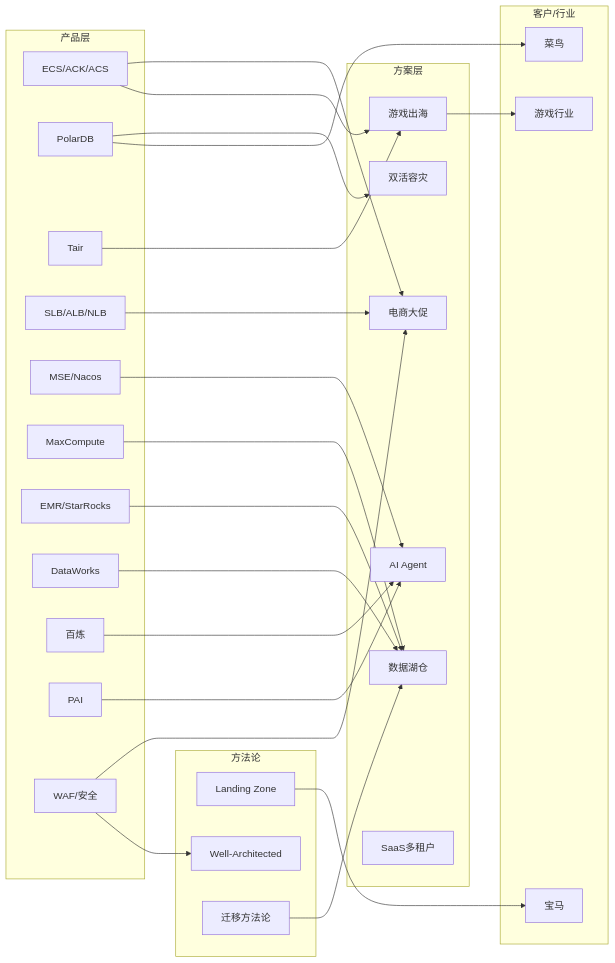
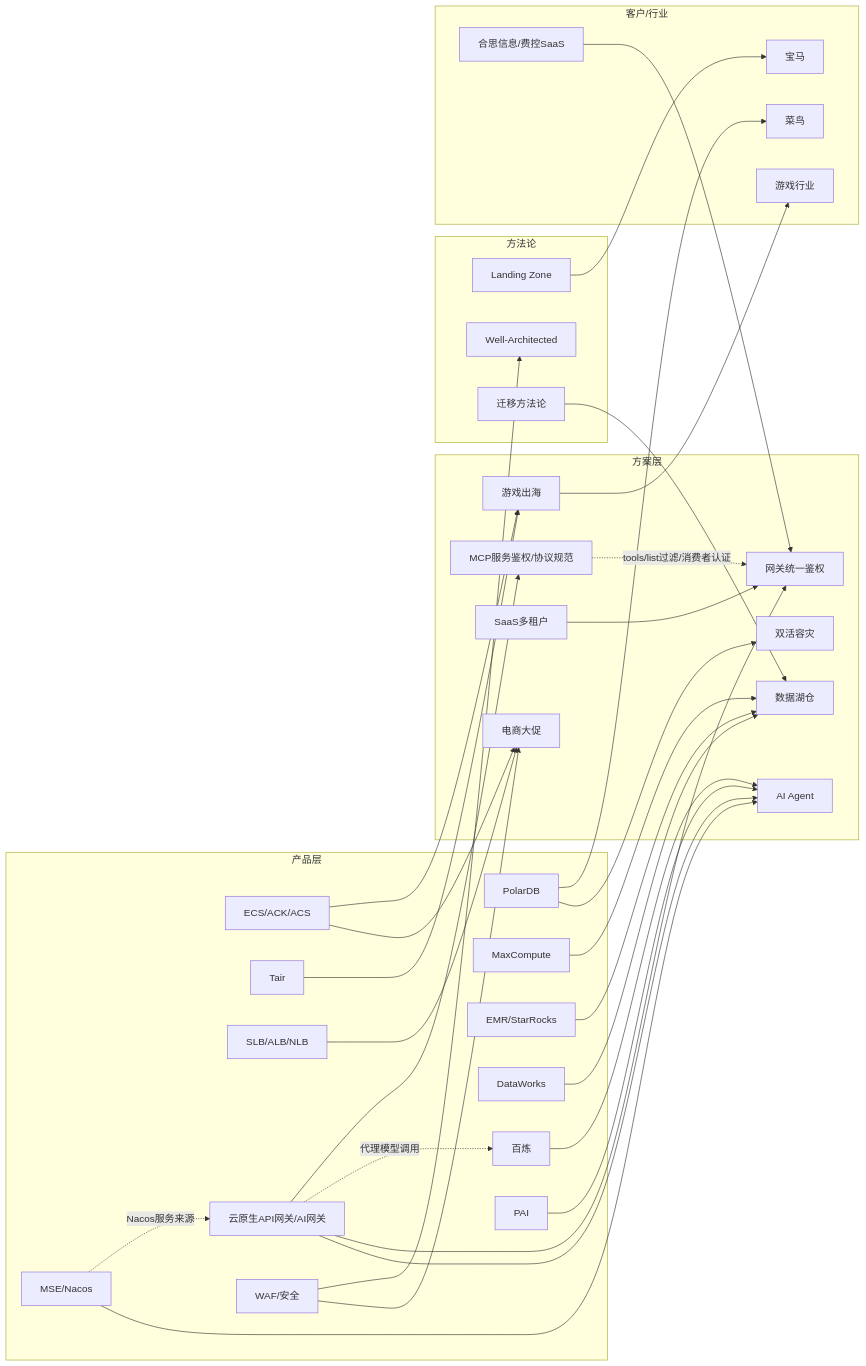
The diagram in neil-aliyun-sa/index.md (neilluo/neil-skills), drawn with Mermaid before and after one commit. The commit also changed other lines of this file and 47 other files, not shown here.

````diff
--- a/neil-aliyun-sa/index.md
+++ b/neil-aliyun-sa/index.md
@@ -96,55 +97,67 @@
 ```mermaid
 graph LR
     subgraph 产品层
         ECS[ECS/ACK/ACS]
         PolarDB[PolarDB]
         Tair[Tair]
         SLB[SLB/ALB/NLB]
         MSE[MSE/Nacos]
+        APIG[云原生API网关/AI网关]
         MC[MaxCompute]
         EMR[EMR/StarRocks]
         DW[DataWorks]
         BaiLian[百炼]
         PAI[PAI]
         WAF[WAF/安全]
     end
 
     subgraph 方案层
         S1[电商大促]
         S2[游戏出海]
         S3[AI Agent]
         S4[双活容灾]
         S5[数据湖仓]
         S9[SaaS多租户]
+        S10[网关统一鉴权]
+        MCP[MCP服务鉴权/协议规范]
     end
 
     subgraph 方法论
         LZ[Landing Zone]
         WA[Well-Architected]
         MIG[迁移方法论]
     end
 
     subgraph 客户/行业
         BMW[宝马]
         Cainiao[菜鸟]
         Game[游戏行业]
+        HeSi[合思信息/费控SaaS]
     end
 
     ECS --> S1
     ECS --> S2
     PolarDB --> S4
     PolarDB --> Cainiao
     Tair --> S2
     BaiLian --> S3
     PAI --> S3
     MC --> S5
     EMR --> S5
     DW --> S5
     MSE --> S3
+    MSE -.Nacos服务来源.-> APIG
+    APIG --> S3
+    APIG --> S10
+    APIG -.代理模型调用.-> BaiLian
+    APIG --> MCP
+    MCP -.tools/list过滤/消费者认证.-> S10
+    HeSi --> S10
+    S9 --> S10
     SLB --> S1
     WAF --> S1
     WAF --> WA
     LZ --> BMW
     MIG --> S5
     S2 --> Game
 ```
````
